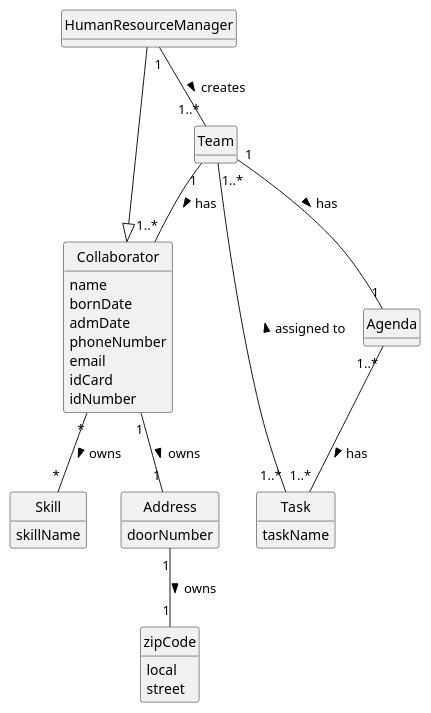
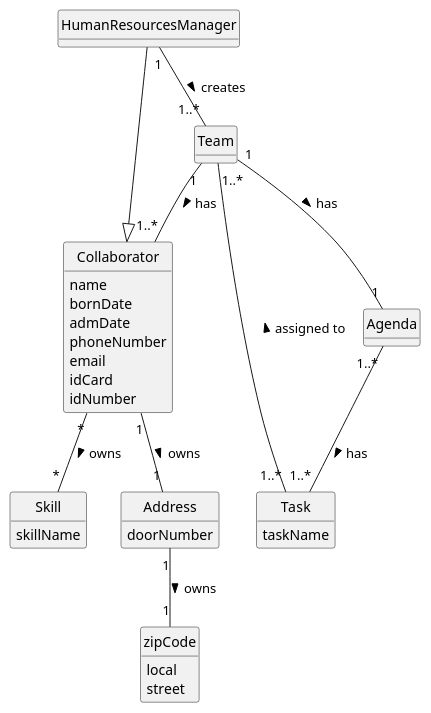
The diagram in docs/sprint2/us005/02.analysis/puml/us005-domain-model.puml (1231360-ISEP/lei-24-s2-1db-g021), drawn with PlantUML before and after one commit. The commit also changed 13 other files, not shown here.

```diff
--- a/docs/sprint2/us005/02.analysis/puml/us005-domain-model.puml
+++ b/docs/sprint2/us005/02.analysis/puml/us005-domain-model.puml
@@ -1,53 +1,53 @@
 @startuml
 skinparam monochrome true
 skinparam packageStyle rectangle
 skinparam shadowing false
 
 skinparam classAttributeIconSize 0
 
 hide circle
 hide methods
 
 
-class HumanResourceManager {}
+class HumanResourcesManager {}
 
 class Skill {
     skillName
 }
 
 class Task {
     taskName
 }
 
 class Collaborator {
     name
     bornDate
     admDate
     phoneNumber
     email
     idCard
     idNumber
 }
 
 class Address {
     doorNumber
 }
 
 class zipCode {
     local
     street
 }
 
 class Team {}
 
-HumanResourceManager ---|> Collaborator
-HumanResourceManager "1" -- "1..*" Team : creates >
+HumanResourcesManager ---|> Collaborator
+HumanResourcesManager "1" -- "1..*" Team : creates >
 Collaborator "*" -- "*" Skill : owns >
 Collaborator "1" -- "1" Address: owns >
 Address "1" -- "1" zipCode : owns >
 Team "1" -- "1..*" Collaborator : has >
 Team "1" -- "1" Agenda : has >
 Task "1..*" -- "1..*" Team : assigned to >
 Agenda "1..*" -- "1..*" Task : has >
 
 @enduml
```
